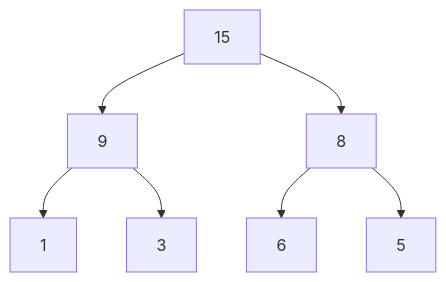
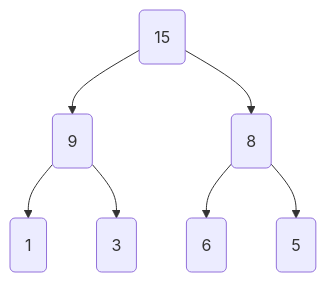
One commit to Shyam-Chen/TypeScript-Solutions changed the second of 2 diagrams in algorithms/7.heap/README.md. Above: the diagram before and after it, drawn with Mermaid. The commit also changed other lines of this file and 3 other files, not shown here.

````diff
--- a/algorithms/7.heap/README.md
+++ b/algorithms/7.heap/README.md
@@ -58,9 +58,9 @@
 ```mermaid
-graph TD
-    0[15] --> 1[9]
-    0 --> 2[8]
-    1 --> 3[1]
-    1 --> 4[3]
-    2 --> 5[6]
-    2 --> 6[5]
+flowchart TB
+    0(15) --> 1(9)
+    0 --> 2(8)
+    1 --> 3(1)
+    1 --> 4(3)
+    2 --> 5(6)
+    2 --> 6(5)
 ```
````
